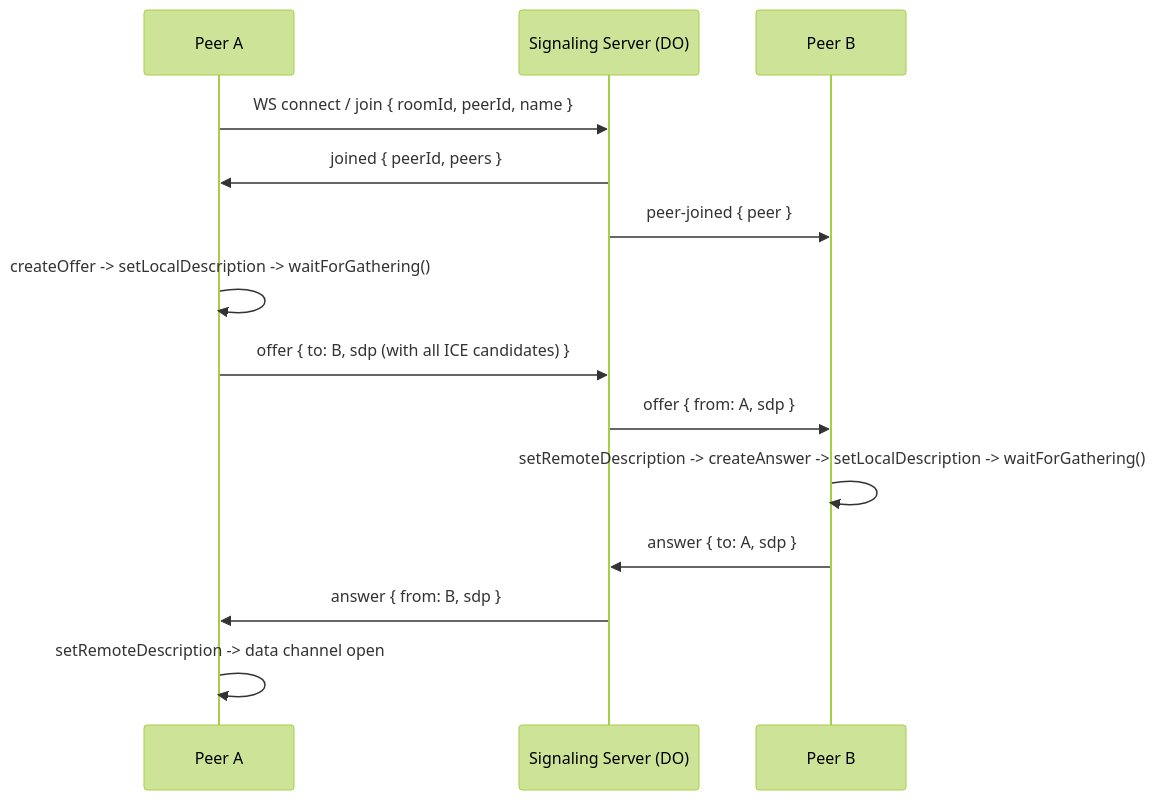
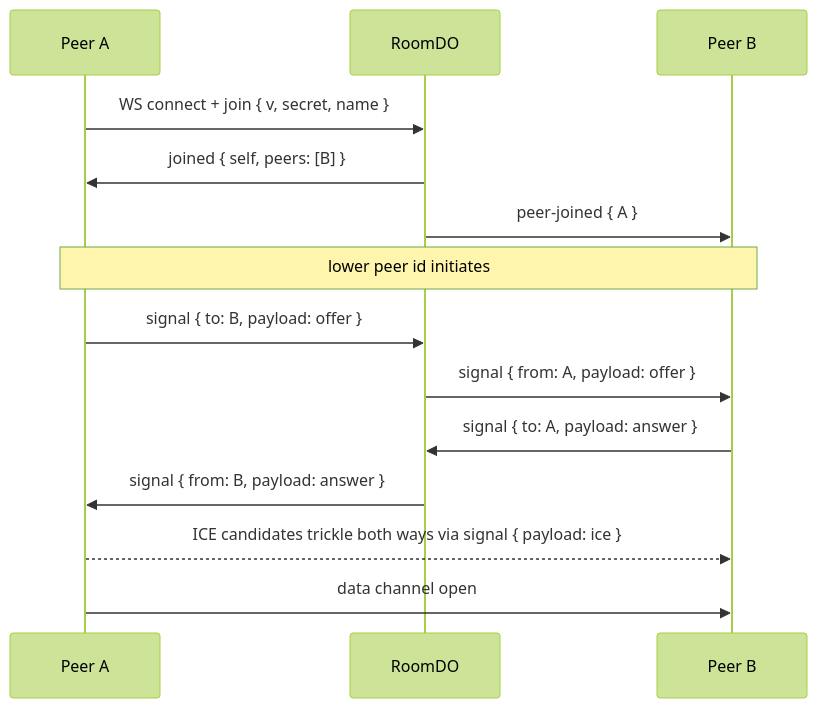
One commit to kushal1o1/ZeroRelay changed the second of 4 diagrams in ARCHITECTURE.md. Above: the diagram before and after it, drawn with Mermaid (forest theme). The commit also changed other lines of this file and 3 other files, not shown here.

Commit message:
docs: update README, architecture and landing copy for v2

````diff
--- a/ARCHITECTURE.md
+++ b/ARCHITECTURE.md
@@ -40,17 +116,17 @@
 ```mermaid
 sequenceDiagram
   participant A as Peer A
-  participant S as Signaling Server (DO)
+  participant S as RoomDO
   participant B as Peer B
 
-  A->>S: WS connect / join { roomId, peerId, name }
-  S->>A: joined { peerId, peers }
-  S->>B: peer-joined { peer }
-  A->>A: createOffer -> setLocalDescription -> waitForGathering()
-  A->>S: offer { to: B, sdp (with all ICE candidates) }
-  S->>B: offer { from: A, sdp }
-  B->>B: setRemoteDescription -> createAnswer -> setLocalDescription -> waitForGathering()
-  B->>S: answer { to: A, sdp }
-  S->>A: answer { from: B, sdp }
-  A->>A: setRemoteDescription -> data channel open
+  A->>S: WS connect + join { v, secret, name }
+  S->>A: joined { self, peers: [B] }
+  S->>B: peer-joined { A }
+  Note over A,B: lower peer id initiates
+  A->>S: signal { to: B, payload: offer }
+  S->>B: signal { from: A, payload: offer }
+  B->>S: signal { to: A, payload: answer }
+  S->>A: signal { from: B, payload: answer }
+  A-->>B: ICE candidates trickle both ways via signal { payload: ice }
+  A->>B: data channel open
 ```
````
